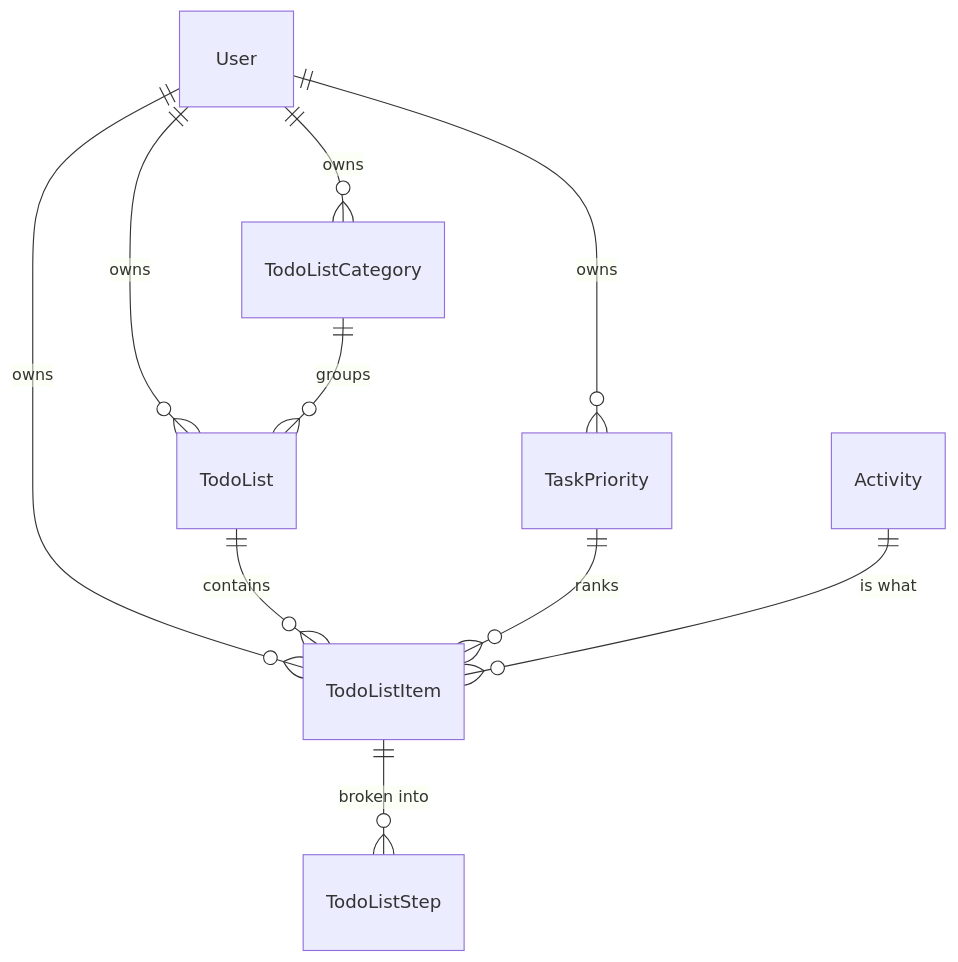
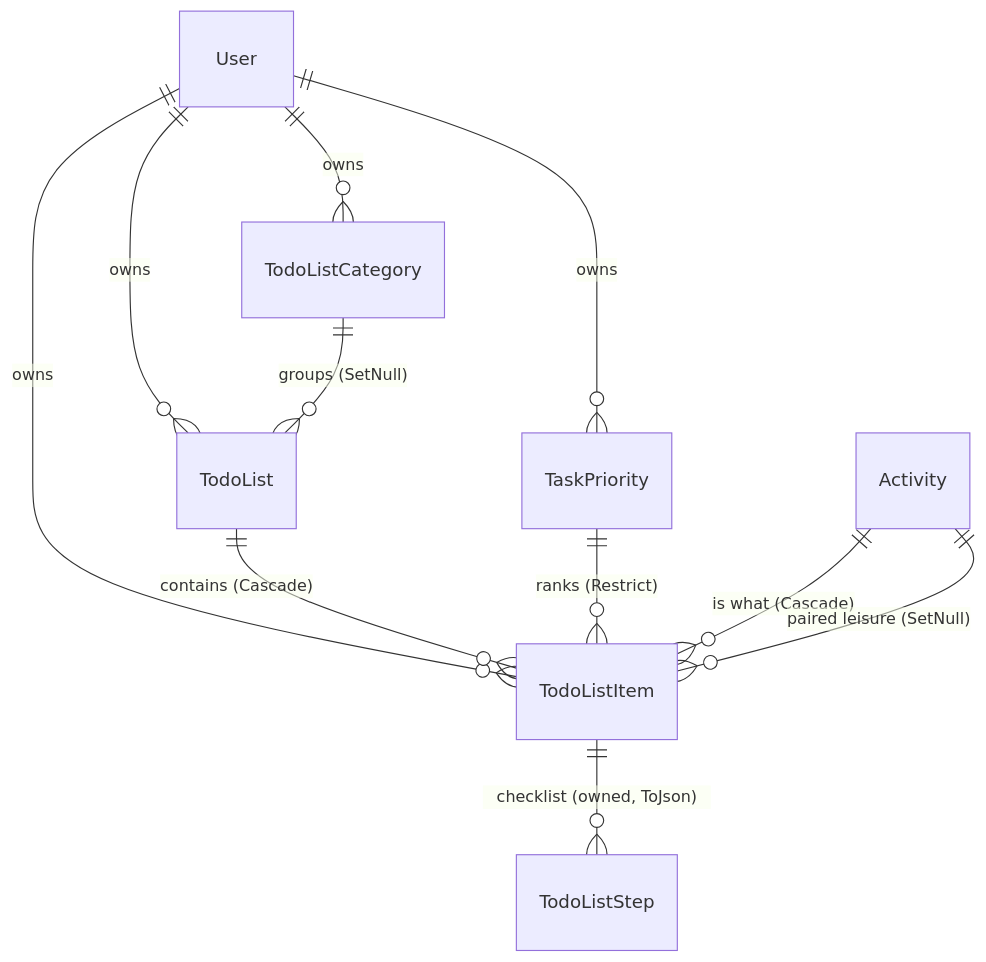
One commit to sydowwe/AdhdTimeOrganizer_backend changed the diagram in AdhdTimeOrganizer.TodoLists/docs/domain-map.md. Above: the diagram before and after it, drawn with Mermaid. The commit also changed other lines of this file and 3 other files, not shown here.

````diff
--- a/AdhdTimeOrganizer.TodoLists/docs/domain-map.md
+++ b/AdhdTimeOrganizer.TodoLists/docs/domain-map.md
@@ -7,13 +7,14 @@
 ```mermaid
 erDiagram
     User ||--o{ TodoList : owns
     User ||--o{ TodoListItem : owns
     User ||--o{ TodoListCategory : owns
     User ||--o{ TaskPriority : owns
 
-    TodoListCategory ||--o{ TodoList : groups
-    TodoList ||--o{ TodoListItem : contains
-    TaskPriority ||--o{ TodoListItem : ranks
-    Activity ||--o{ TodoListItem : "is what"
-    TodoListItem ||--o{ TodoListStep : "broken into"
+    TodoListCategory ||--o{ TodoList : "groups (SetNull)"
+    TodoList ||--o{ TodoListItem : "contains (Cascade)"
+    TaskPriority ||--o{ TodoListItem : "ranks (Restrict)"
+    Activity ||--o{ TodoListItem : "is what (Cascade)"
+    Activity ||--o{ TodoListItem : "paired leisure (SetNull)"
+    TodoListItem ||--o{ TodoListStep : "checklist (owned, ToJson)"
 ```
````
